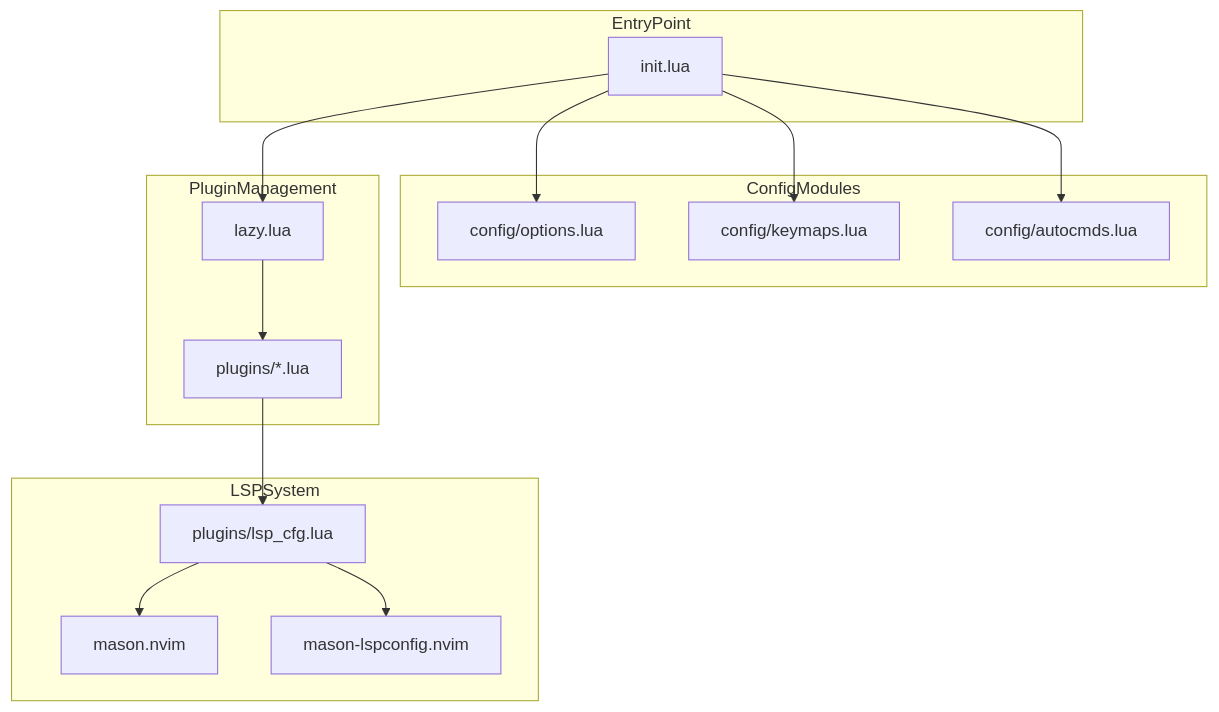
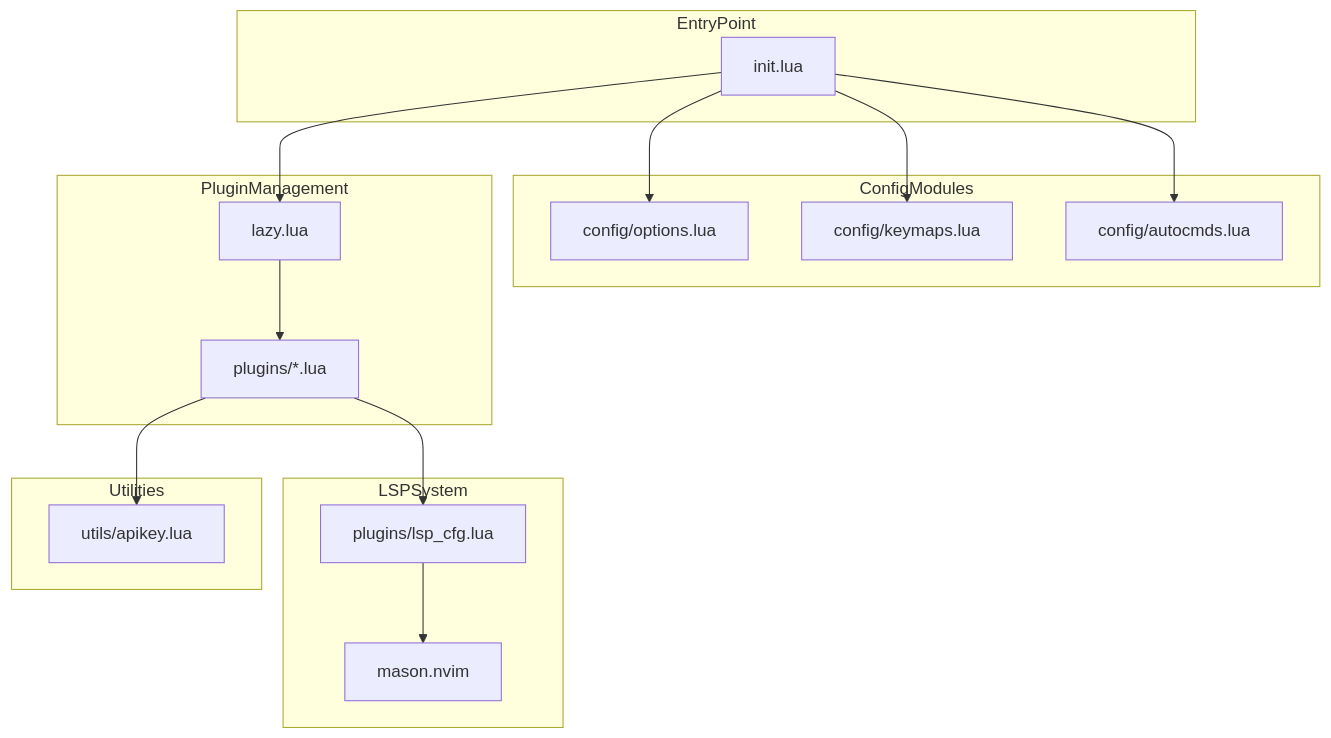
Before and after one commit to yohi/dots: the second of 4 diagrams in .kiro/specs/neovim-config-modernization/design.md, drawn with Mermaid. The commit also changed other lines of this file and 2 other files, not shown here.

````diff
--- a/.kiro/specs/neovim-config-modernization/design.md
+++ b/.kiro/specs/neovim-config-modernization/design.md
@@ -53,32 +65,35 @@
 ```mermaid
 graph TB
     subgraph EntryPoint
         InitLua[init.lua]
     end
 
     subgraph ConfigModules
         Options[config/options.lua]
         Keymaps[config/keymaps.lua]
         Autocmds[config/autocmds.lua]
     end
 
     subgraph PluginManagement
         LazyBootstrap[lazy.lua]
         PluginSpecs[plugins/*.lua]
     end
 
     subgraph LSPSystem
         LspCfg[plugins/lsp_cfg.lua]
         MasonPlugin[mason.nvim]
-        MasonLspconfig[mason-lspconfig.nvim]
+    end
+
+    subgraph Utilities
+        ApikeyUtil[utils/apikey.lua]
     end
 
     InitLua --> Options
     InitLua --> Keymaps
     InitLua --> Autocmds
     InitLua --> LazyBootstrap
     LazyBootstrap --> PluginSpecs
     PluginSpecs --> LspCfg
+    PluginSpecs --> ApikeyUtil
     LspCfg --> MasonPlugin
-    LspCfg --> MasonLspconfig
 ```
````
